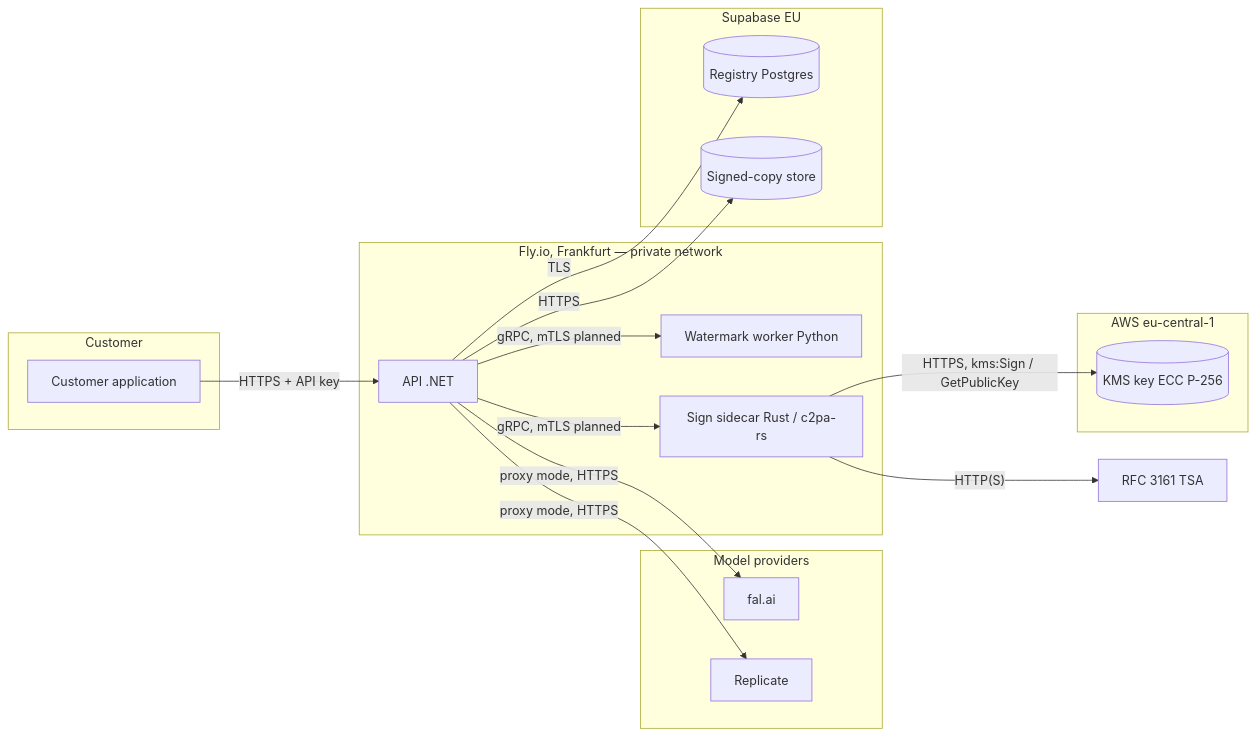
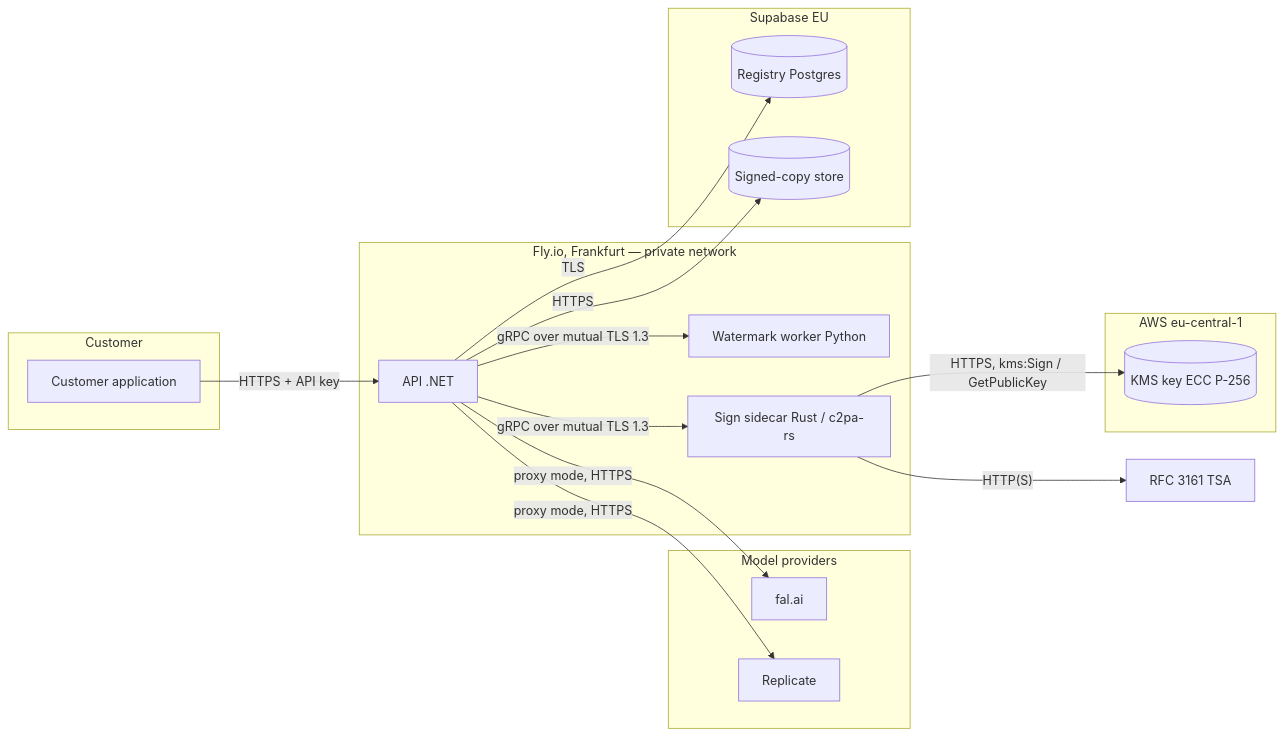
The diagram in docs/conformance/security-architecture.md (AivaStack/signunder), drawn with Mermaid before and after one commit. The commit also changed other lines of this file and 21 other files, not shown here.

First line of the commit message:
Mutual TLS between the API and the sidecar and watermark worker

````diff
--- a/docs/conformance/security-architecture.md
+++ b/docs/conformance/security-architecture.md
@@ -105,32 +105,32 @@
 ```mermaid
 flowchart LR
   subgraph Customer
     App[Customer application]
   end
   subgraph Providers[Model providers]
     Fal[fal.ai]
     Rep[Replicate]
   end
   subgraph Fly[Fly.io, Frankfurt — private network]
     API[API .NET]
     WM[Watermark worker Python]
     SC[Sign sidecar Rust / c2pa-rs]
   end
   subgraph AWS[AWS eu-central-1]
     KMS[(KMS key ECC P-256)]
   end
   subgraph Supabase[Supabase EU]
     DB[(Registry Postgres)]
     S3[(Signed-copy store)]
   end
   TSA[RFC 3161 TSA]
   App -- HTTPS + API key --> API
   API -- proxy mode, HTTPS --> Fal
   API -- proxy mode, HTTPS --> Rep
-  API -- gRPC, mTLS planned --> WM
-  API -- gRPC, mTLS planned --> SC
+  API -- gRPC over mutual TLS 1.3 --> WM
+  API -- gRPC over mutual TLS 1.3 --> SC
   SC -- HTTPS, kms:Sign / GetPublicKey --> KMS
   SC -- HTTP(S) --> TSA
   API -- TLS --> DB
   API -- HTTPS --> S3
 ```
````
